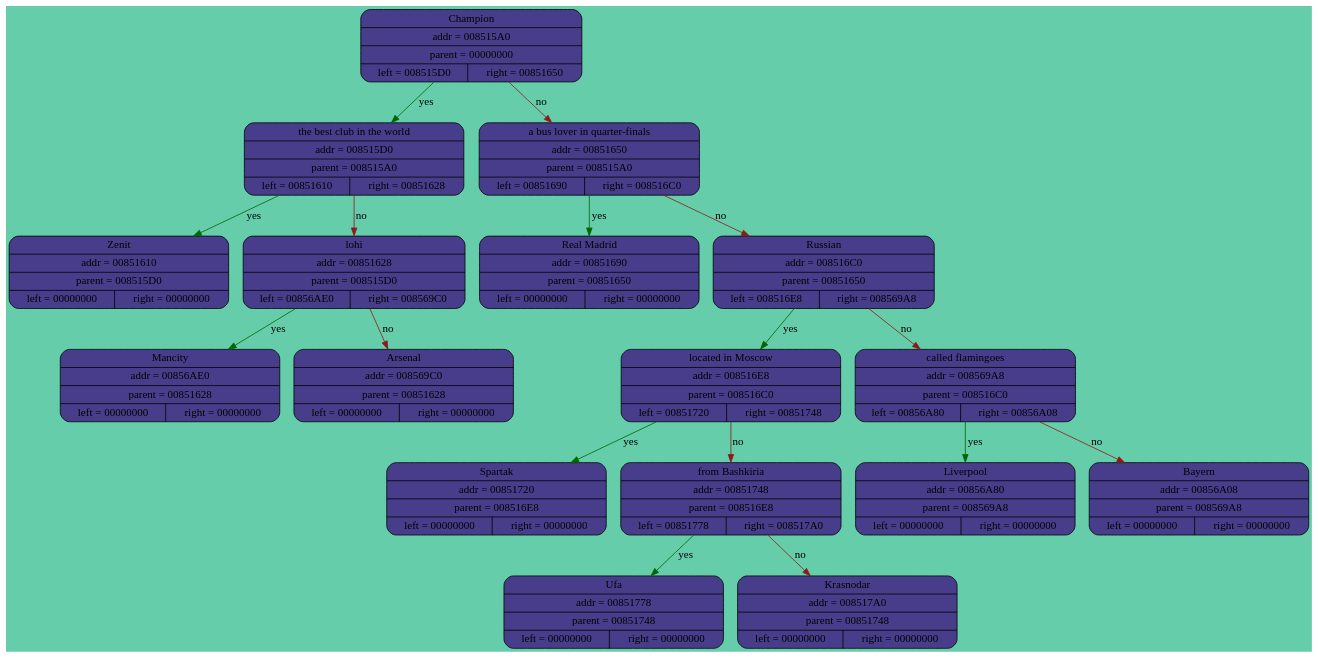
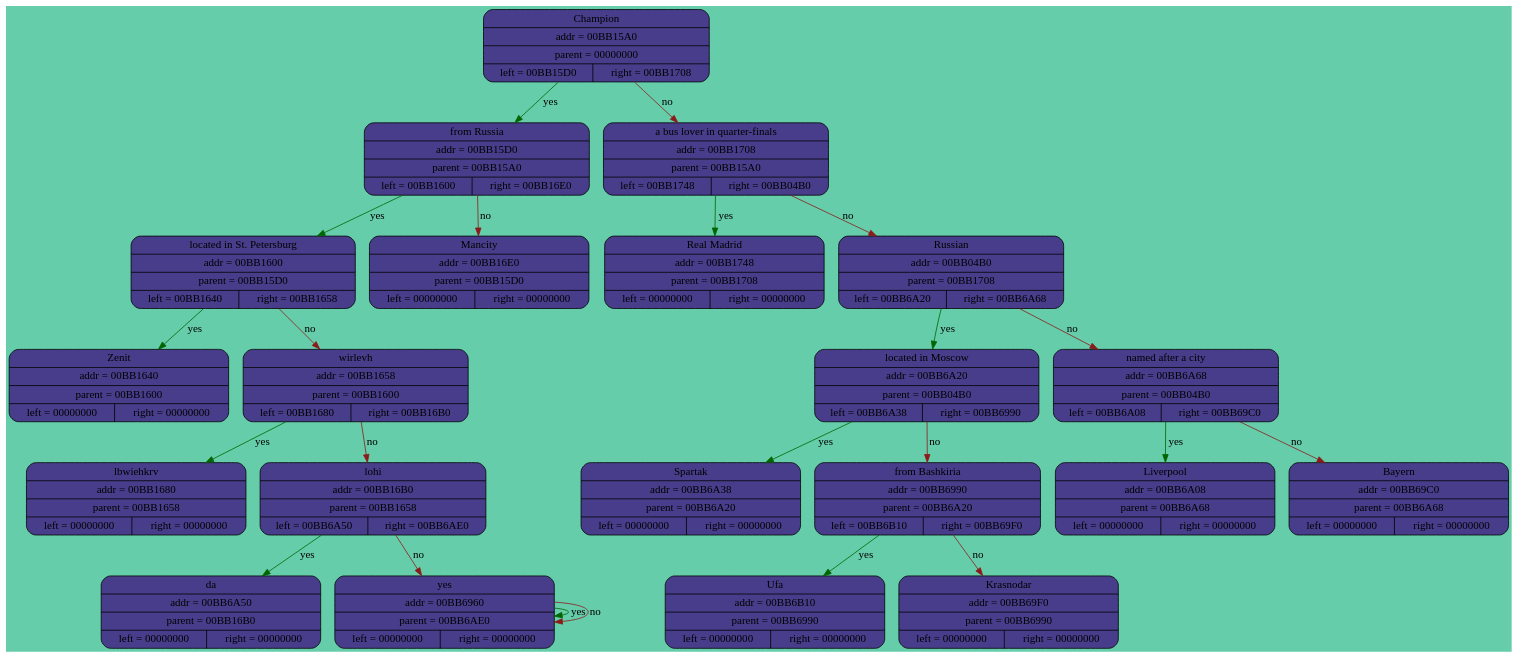
The diagram in Dump.dot (maachs/Akinator), drawn with Graphviz before and after one commit. The commit also changed 5 other files, not shown here.

```diff
--- a/Dump.dot
+++ b/Dump.dot
@@ -1,46 +1,61 @@
 digraph G
 {
  rankdir = UD
 bgcolor = "aquamarine3"
-"Champion" [shape = Mrecord, style = "filled", fillcolor = "darkslateblue", label = "{Champion | addr = 008515A0 | parent = 00000000 | {left = 008515D0 | right = 00851650}}"];
-"the best club in the world" [shape = Mrecord, style = "filled", fillcolor = "darkslateblue", label = "{the best club in the world | addr = 008515D0 | parent = 008515A0 | {left = 00851610 | right = 00851628}}"];
-"Zenit" [shape = Mrecord, style = "filled", fillcolor = "darkslateblue", label = "{Zenit | addr = 00851610 | parent = 008515D0 | {left = 00000000 | right = 00000000}}"];
+"Champion" [shape = Mrecord, style = "filled", fillcolor = "darkslateblue", label = "{Champion | addr = 00BB15A0 | parent = 00000000 | {left = 00BB15D0 | right = 00BB1708}}"];
+"from Russia" [shape = Mrecord, style = "filled", fillcolor = "darkslateblue", label = "{from Russia | addr = 00BB15D0 | parent = 00BB15A0 | {left = 00BB1600 | right = 00BB16E0}}"];
+"located in St. Petersburg" [shape = Mrecord, style = "filled", fillcolor = "darkslateblue", label = "{located in St. Petersburg | addr = 00BB1600 | parent = 00BB15D0 | {left = 00BB1640 | right = 00BB1658}}"];
+"Zenit" [shape = Mrecord, style = "filled", fillcolor = "darkslateblue", label = "{Zenit | addr = 00BB1640 | parent = 00BB1600 | {left = 00000000 | right = 00000000}}"];
  edge[color = "darkgreen", label = "yes"];
-"the best club in the world" -> "Zenit";"lohi" [shape = Mrecord, style = "filled", fillcolor = "darkslateblue", label = "{lohi | addr = 00851628 | parent = 008515D0 | {left = 00856AE0 | right = 008569C0}}"];
-"Mancity" [shape = Mrecord, style = "filled", fillcolor = "darkslateblue", label = "{Mancity | addr = 00856AE0 | parent = 00851628 | {left = 00000000 | right = 00000000}}"];
+"located in St. Petersburg" -> "Zenit";"wirlevh" [shape = Mrecord, style = "filled", fillcolor = "darkslateblue", label = "{wirlevh | addr = 00BB1658 | parent = 00BB1600 | {left = 00BB1680 | right = 00BB16B0}}"];
+"lbwiehkrv" [shape = Mrecord, style = "filled", fillcolor = "darkslateblue", label = "{lbwiehkrv | addr = 00BB1680 | parent = 00BB1658 | {left = 00000000 | right = 00000000}}"];
  edge[color = "darkgreen", label = "yes"];
-"lohi" -> "Mancity";"Arsenal" [shape = Mrecord, style = "filled", fillcolor = "darkslateblue", label = "{Arsenal | addr = 008569C0 | parent = 00851628 | {left = 00000000 | right = 00000000}}"];
+"wirlevh" -> "lbwiehkrv";"lohi" [shape = Mrecord, style = "filled", fillcolor = "darkslateblue", label = "{lohi | addr = 00BB16B0 | parent = 00BB1658 | {left = 00BB6A50 | right = 00BB6AE0}}"];
+"da" [shape = Mrecord, style = "filled", fillcolor = "darkslateblue", label = "{da | addr = 00BB6A50 | parent = 00BB16B0 | {left = 00000000 | right = 00000000}}"];
+ edge[color = "darkgreen", label = "yes"];
+"lohi" -> "da";"yes" [shape = Mrecord, style = "filled", fillcolor = "darkslateblue", label = "{yes | addr = 00BB6AE0 | parent = 00BB16B0 | {left = 00BB6B28 | right = 00BB6960}}"];
+"yes" [shape = Mrecord, style = "filled", fillcolor = "darkslateblue", label = "{yes | addr = 00BB6B28 | parent = 00BB6AE0 | {left = 00000000 | right = 00000000}}"];
+ edge[color = "darkgreen", label = "yes"];
+"yes" -> "yes";"yes" [shape = Mrecord, style = "filled", fillcolor = "darkslateblue", label = "{yes | addr = 00BB6960 | parent = 00BB6AE0 | {left = 00000000 | right = 00000000}}"];
  edge[color = "firebrick4", label = "no"];
-"lohi" -> "Arsenal";
+"yes" -> "yes";
  edge[color = "firebrick4", label = "no"];
-"the best club in the world" -> "lohi";
+"lohi" -> "yes";
+ edge[color = "firebrick4", label = "no"];
+"wirlevh" -> "lohi";
+ edge[color = "firebrick4", label = "no"];
+"located in St. Petersburg" -> "wirlevh";
  edge[color = "darkgreen", label = "yes"];
-"Champion" -> "the best club in the world";"a bus lover in quarter-finals" [shape = Mrecord, style = "filled", fillcolor = "darkslateblue", label = "{a bus lover in quarter-finals | addr = 00851650 | parent = 008515A0 | {left = 00851690 | right = 008516C0}}"];
-"Real Madrid" [shape = Mrecord, style = "filled", fillcolor = "darkslateblue", label = "{Real Madrid | addr = 00851690 | parent = 00851650 | {left = 00000000 | right = 00000000}}"];
+"from Russia" -> "located in St. Petersburg";"Mancity" [shape = Mrecord, style = "filled", fillcolor = "darkslateblue", label = "{Mancity | addr = 00BB16E0 | parent = 00BB15D0 | {left = 00000000 | right = 00000000}}"];
+ edge[color = "firebrick4", label = "no"];
+"from Russia" -> "Mancity";
  edge[color = "darkgreen", label = "yes"];
-"a bus lover in quarter-finals" -> "Real Madrid";"Russian" [shape = Mrecord, style = "filled", fillcolor = "darkslateblue", label = "{Russian | addr = 008516C0 | parent = 00851650 | {left = 008516E8 | right = 008569A8}}"];
-"located in Moscow" [shape = Mrecord, style = "filled", fillcolor = "darkslateblue", label = "{located in Moscow | addr = 008516E8 | parent = 008516C0 | {left = 00851720 | right = 00851748}}"];
-"Spartak" [shape = Mrecord, style = "filled", fillcolor = "darkslateblue", label = "{Spartak | addr = 00851720 | parent = 008516E8 | {left = 00000000 | right = 00000000}}"];
+"Champion" -> "from Russia";"a bus lover in quarter-finals" [shape = Mrecord, style = "filled", fillcolor = "darkslateblue", label = "{a bus lover in quarter-finals | addr = 00BB1708 | parent = 00BB15A0 | {left = 00BB1748 | right = 00BB04B0}}"];
+"Real Madrid" [shape = Mrecord, style = "filled", fillcolor = "darkslateblue", label = "{Real Madrid | addr = 00BB1748 | parent = 00BB1708 | {left = 00000000 | right = 00000000}}"];
  edge[color = "darkgreen", label = "yes"];
-"located in Moscow" -> "Spartak";"from Bashkiria" [shape = Mrecord, style = "filled", fillcolor = "darkslateblue", label = "{from Bashkiria | addr = 00851748 | parent = 008516E8 | {left = 00851778 | right = 008517A0}}"];
-"Ufa" [shape = Mrecord, style = "filled", fillcolor = "darkslateblue", label = "{Ufa | addr = 00851778 | parent = 00851748 | {left = 00000000 | right = 00000000}}"];
+"a bus lover in quarter-finals" -> "Real Madrid";"Russian" [shape = Mrecord, style = "filled", fillcolor = "darkslateblue", label = "{Russian | addr = 00BB04B0 | parent = 00BB1708 | {left = 00BB6A20 | right = 00BB6A68}}"];
+"located in Moscow" [shape = Mrecord, style = "filled", fillcolor = "darkslateblue", label = "{located in Moscow | addr = 00BB6A20 | parent = 00BB04B0 | {left = 00BB6A38 | right = 00BB6990}}"];
+"Spartak" [shape = Mrecord, style = "filled", fillcolor = "darkslateblue", label = "{Spartak | addr = 00BB6A38 | parent = 00BB6A20 | {left = 00000000 | right = 00000000}}"];
  edge[color = "darkgreen", label = "yes"];
-"from Bashkiria" -> "Ufa";"Krasnodar" [shape = Mrecord, style = "filled", fillcolor = "darkslateblue", label = "{Krasnodar | addr = 008517A0 | parent = 00851748 | {left = 00000000 | right = 00000000}}"];
+"located in Moscow" -> "Spartak";"from Bashkiria" [shape = Mrecord, style = "filled", fillcolor = "darkslateblue", label = "{from Bashkiria | addr = 00BB6990 | parent = 00BB6A20 | {left = 00BB6B10 | right = 00BB69F0}}"];
+"Ufa" [shape = Mrecord, style = "filled", fillcolor = "darkslateblue", label = "{Ufa | addr = 00BB6B10 | parent = 00BB6990 | {left = 00000000 | right = 00000000}}"];
+ edge[color = "darkgreen", label = "yes"];
+"from Bashkiria" -> "Ufa";"Krasnodar" [shape = Mrecord, style = "filled", fillcolor = "darkslateblue", label = "{Krasnodar | addr = 00BB69F0 | parent = 00BB6990 | {left = 00000000 | right = 00000000}}"];
  edge[color = "firebrick4", label = "no"];
 "from Bashkiria" -> "Krasnodar";
  edge[color = "firebrick4", label = "no"];
 "located in Moscow" -> "from Bashkiria";
  edge[color = "darkgreen", label = "yes"];
-"Russian" -> "located in Moscow";"called flamingoes" [shape = Mrecord, style = "filled", fillcolor = "darkslateblue", label = "{called flamingoes | addr = 008569A8 | parent = 008516C0 | {left = 00856A80 | right = 00856A08}}"];
-"Liverpool" [shape = Mrecord, style = "filled", fillcolor = "darkslateblue", label = "{Liverpool | addr = 00856A80 | parent = 008569A8 | {left = 00000000 | right = 00000000}}"];
+"Russian" -> "located in Moscow";"named after a city" [shape = Mrecord, style = "filled", fillcolor = "darkslateblue", label = "{named after a city | addr = 00BB6A68 | parent = 00BB04B0 | {left = 00BB6A08 | right = 00BB69C0}}"];
+"Liverpool" [shape = Mrecord, style = "filled", fillcolor = "darkslateblue", label = "{Liverpool | addr = 00BB6A08 | parent = 00BB6A68 | {left = 00000000 | right = 00000000}}"];
  edge[color = "darkgreen", label = "yes"];
-"called flamingoes" -> "Liverpool";"Bayern" [shape = Mrecord, style = "filled", fillcolor = "darkslateblue", label = "{Bayern | addr = 00856A08 | parent = 008569A8 | {left = 00000000 | right = 00000000}}"];
+"named after a city" -> "Liverpool";"Bayern" [shape = Mrecord, style = "filled", fillcolor = "darkslateblue", label = "{Bayern | addr = 00BB69C0 | parent = 00BB6A68 | {left = 00000000 | right = 00000000}}"];
  edge[color = "firebrick4", label = "no"];
-"called flamingoes" -> "Bayern";
+"named after a city" -> "Bayern";
  edge[color = "firebrick4", label = "no"];
-"Russian" -> "called flamingoes";
+"Russian" -> "named after a city";
  edge[color = "firebrick4", label = "no"];
 "a bus lover in quarter-finals" -> "Russian";
  edge[color = "firebrick4", label = "no"];
 "Champion" -> "a bus lover in quarter-finals";
 }
```
